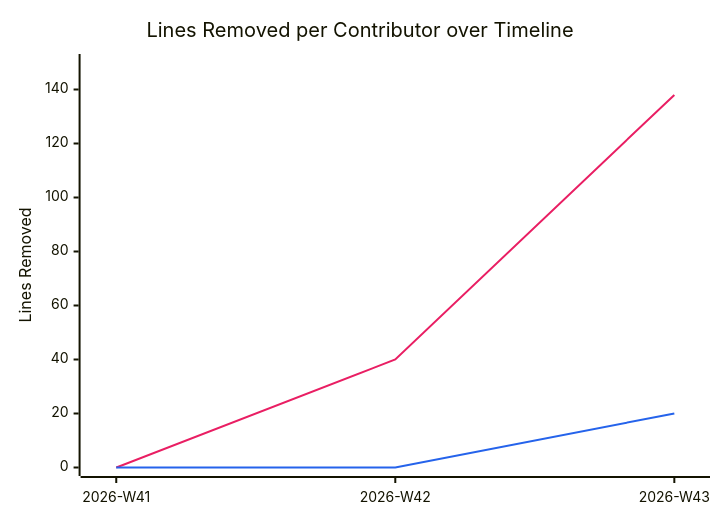
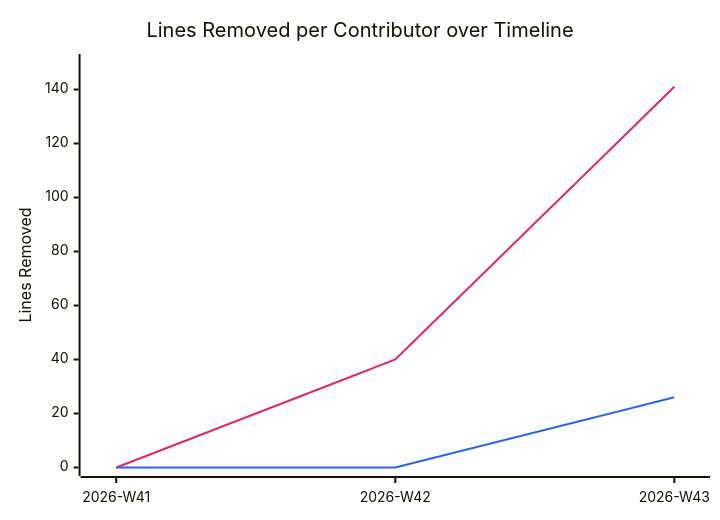
Before and after one commit to BeyondMagic/swe-template: the diagram in documentation/snippets/management/code-deletions.mmd, drawn with Mermaid. The commit also changed 2 other files, not shown here.

```diff
--- a/documentation/snippets/management/code-deletions.mmd
+++ b/documentation/snippets/management/code-deletions.mmd
@@ -1,7 +1,7 @@
 %%{init: {"themeVariables": {"xyChart": {"plotColorPalette": "#e91e63, #2563eb"}}}}%%
 xychart-beta
     title "Lines Removed per Contributor over Timeline"
     x-axis ["2026-W41", "2026-W42", "2026-W43"]
     y-axis "Lines Removed" 0 --> 150
-    line [0, 40, 138]
-    line [0, 0, 20]
+    line [0, 40, 141]
+    line [0, 0, 26]
```
